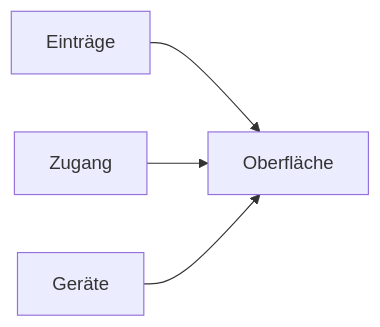
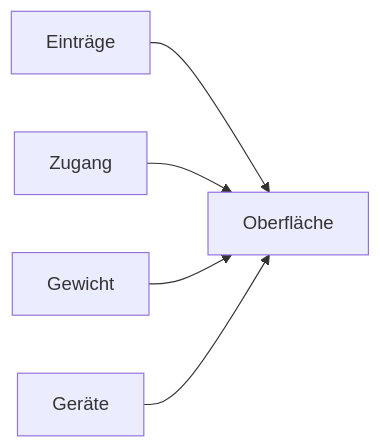
Before and after one commit to trublue-2/chastitytracker: diagram 17 of 18 in docs/funktionsmodell/05-abhaengigkeiten.md, drawn with Mermaid. The commit also changed other lines of this file and 24 other files, not shown here.

````diff
--- a/docs/funktionsmodell/05-abhaengigkeiten.md
+++ b/docs/funktionsmodell/05-abhaengigkeiten.md
@@ -643,7 +669,8 @@
 ```mermaid
 flowchart LR
   nOberflche["Oberfläche"]
   nEintrge["Einträge"] --> nOberflche
   nZugang["Zugang"] --> nOberflche
+  nGewicht["Gewicht"] --> nOberflche
   nGerte["Geräte"] --> nOberflche
 ```
````
